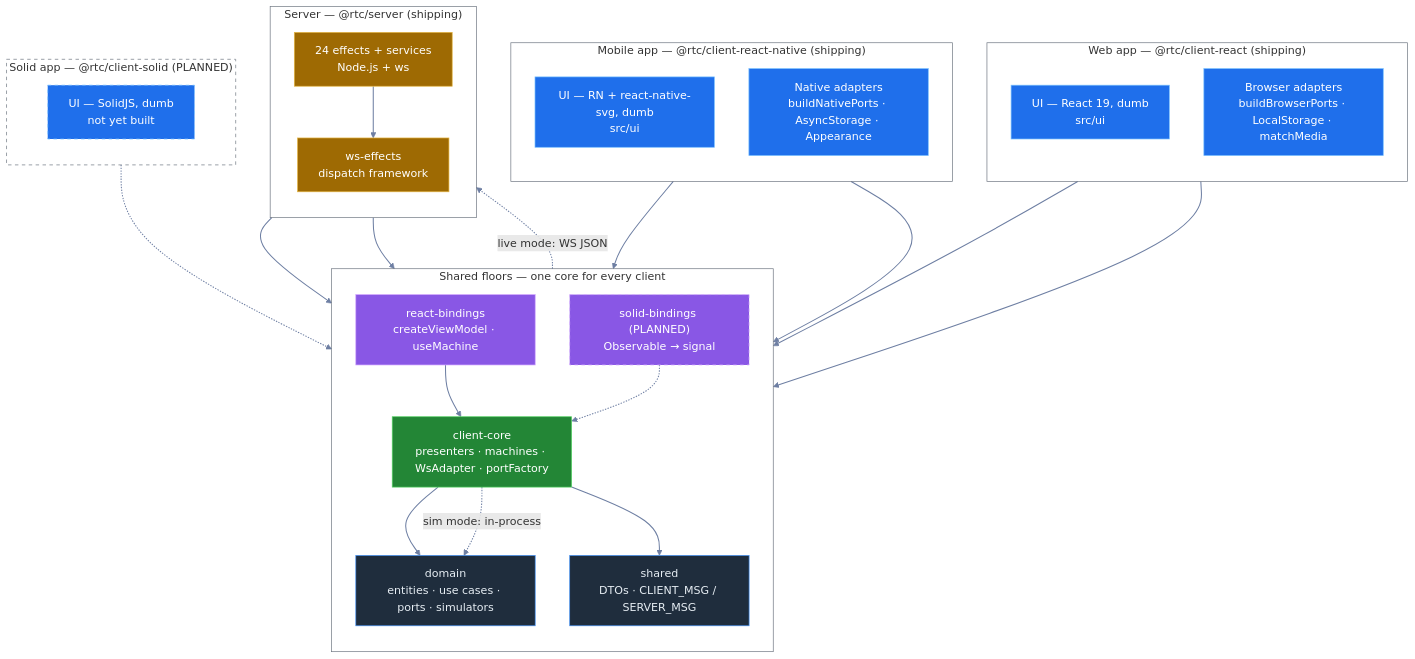
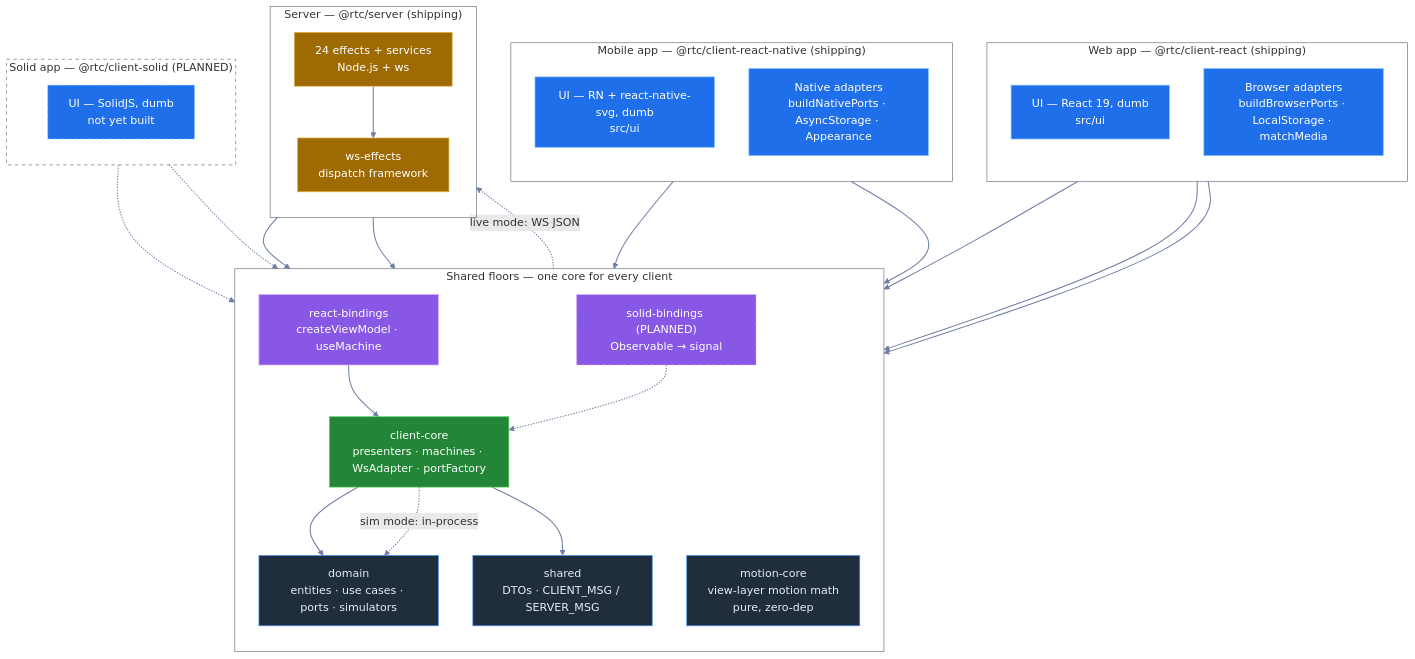
One commit to bettersoftware-io/ReactiveTraderCloudClone changed the diagram in docs/architecture/13-codebase-map.md. Above: the diagram before and after it, drawn with Mermaid. The commit also changed other lines of this file and 11 other files, not shown here.

Commit message:
docs: fold @rtc/motion-core into package graph, counts, and depcruise catalogue

````diff
--- a/docs/architecture/13-codebase-map.md
+++ b/docs/architecture/13-codebase-map.md
@@ -11,63 +11,66 @@
 ```mermaid
 flowchart TB
     subgraph WebApp["Web app — @rtc/client-react (shipping)"]
         direction TB
         webUi["UI — React 19, dumb<br/>src/ui"]:::ui
         webAdapt["Browser adapters<br/>buildBrowserPorts · LocalStorage · matchMedia"]:::ui
     end
 
     subgraph MobileApp["Mobile app — @rtc/client-react-native (shipping)"]
         direction TB
         rnUi["UI — RN + react-native-svg, dumb<br/>src/ui"]:::ui
         rnAdapt["Native adapters<br/>buildNativePorts · AsyncStorage · Appearance"]:::ui
     end
 
     subgraph SolidApp["Solid app — @rtc/client-solid (PLANNED)"]
         direction TB
         solidUi["UI — SolidJS, dumb<br/>not yet built"]:::uiPlanned
     end
 
     subgraph SharedFloors["Shared floors — one core for every client"]
         direction TB
         rb["react-bindings<br/>createViewModel · useMachine"]:::bridge
         sb["solid-bindings (PLANNED)<br/>Observable → signal"]:::bridgePlanned
         core["client-core<br/>presenters · machines · WsAdapter · portFactory"]:::core
         domain["domain<br/>entities · use cases · ports · simulators"]:::domain
         shared["shared<br/>DTOs · CLIENT_MSG / SERVER_MSG"]:::domain
+        motion["motion-core<br/>view-layer motion math<br/>pure, zero-dep"]:::domain
     end
 
     subgraph Server["Server — @rtc/server (shipping)"]
         direction TB
         srv["24 effects + services<br/>Node.js + ws"]:::server
         wse["ws-effects<br/>dispatch framework"]:::server
     end
 
     webUi --> rb
+    webUi --> motion
     webAdapt --> core
     rnUi --> rb
     rnAdapt --> core
     solidUi -.-> sb
+    solidUi -.-> motion
     rb --> core
     sb -.-> core
     core --> domain
     core --> shared
     core -. "live mode: WS JSON" .-> srv
     core -. "sim mode: in-process" .-> domain
     srv --> wse
     srv --> domain
     srv --> shared
 
     classDef ui fill:#1f6feb,stroke:#79c0ff,color:#ffffff
     classDef uiPlanned fill:#1f6feb,stroke:#79c0ff,color:#ffffff,stroke-dasharray: 5 5
     classDef bridge fill:#8957e5,stroke:#d2a8ff,color:#ffffff
     classDef bridgePlanned fill:#8957e5,stroke:#d2a8ff,color:#ffffff,stroke-dasharray: 5 5
     classDef core fill:#238636,stroke:#56d364,color:#ffffff
     classDef server fill:#9e6a03,stroke:#e3b341,color:#ffffff
     classDef domain fill:#1f2d3d,stroke:#4493f8,color:#e6edf3
     style WebApp fill:transparent,stroke:#6e7681
     style MobileApp fill:transparent,stroke:#6e7681
     style SolidApp fill:transparent,stroke:#6e7681,stroke-dasharray: 5 5
     style SharedFloors fill:transparent,stroke:#6e7681
     style Server fill:transparent,stroke:#6e7681
     linkStyle default stroke:#6e7fa3,stroke-width:1.5px
 ```
````
